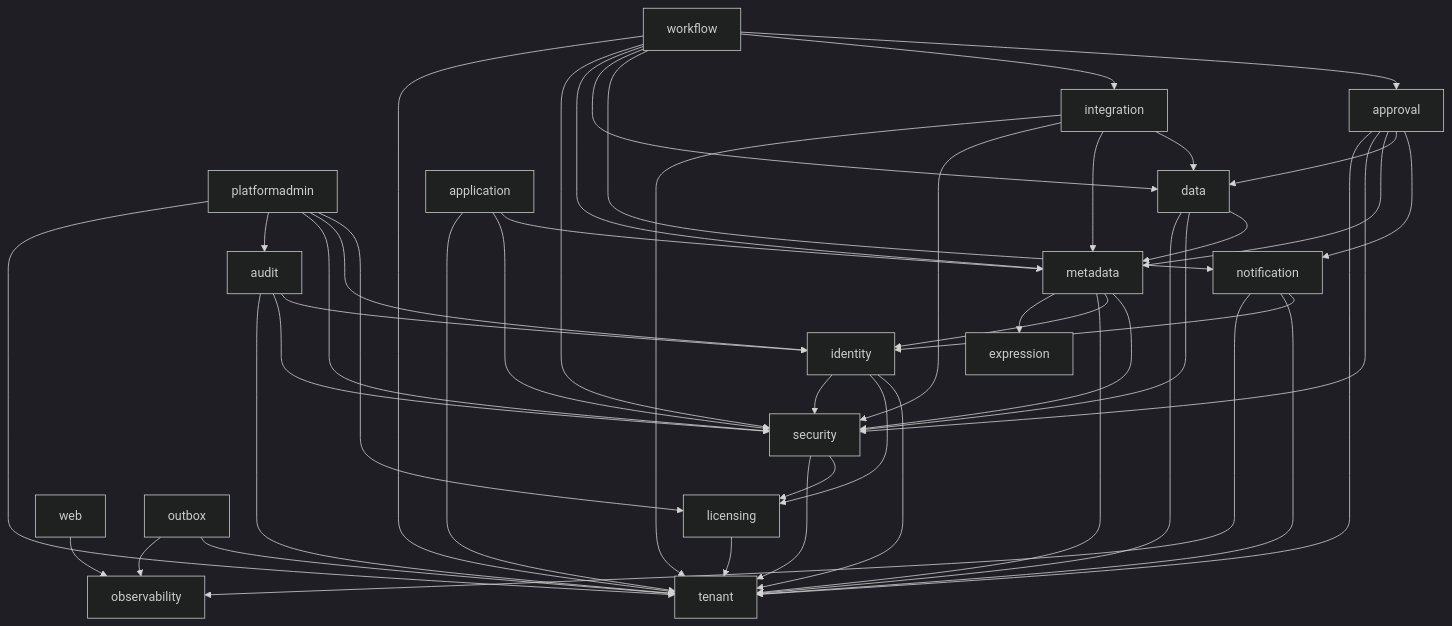
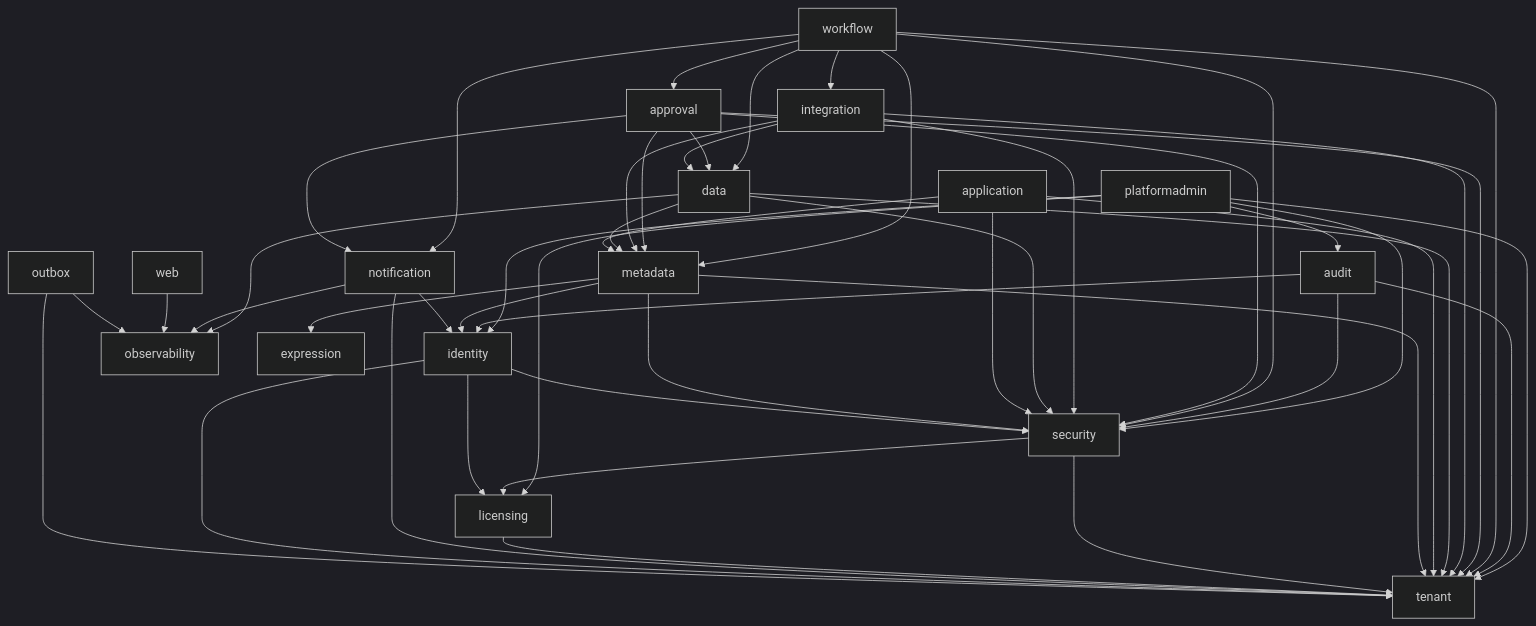
The diagram in docs/modules.md (JKCloudbridge/SaaSJAVA), drawn with Mermaid (dark theme) before and after one commit. The commit also changed other lines of this file and 54 other files, not shown here.

````diff
--- a/docs/modules.md
+++ b/docs/modules.md
@@ -31,17 +31,17 @@
 ```mermaid
 graph TD
   platformadmin --> licensing & identity & security & audit & tenant
   audit --> identity & security & tenant
   workflow --> approval & integration & notification & data & metadata & security & tenant
   approval --> notification & data & metadata & security & tenant
   integration --> data & metadata & security & tenant
-  data --> metadata & security & tenant
+  data --> metadata & security & tenant & observability
   application --> metadata & security & tenant
   metadata --> security & identity & tenant & expression
   security --> licensing & tenant
   licensing --> tenant
   notification --> identity & tenant & observability
   identity --> tenant & licensing & security
   web --> observability
   outbox --> tenant & observability
 ```
````
